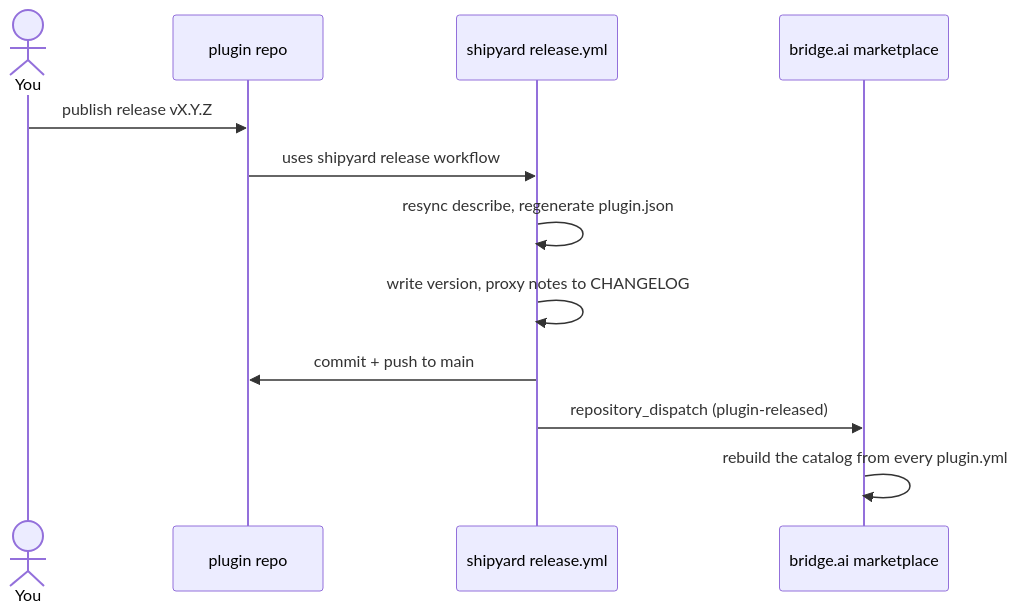
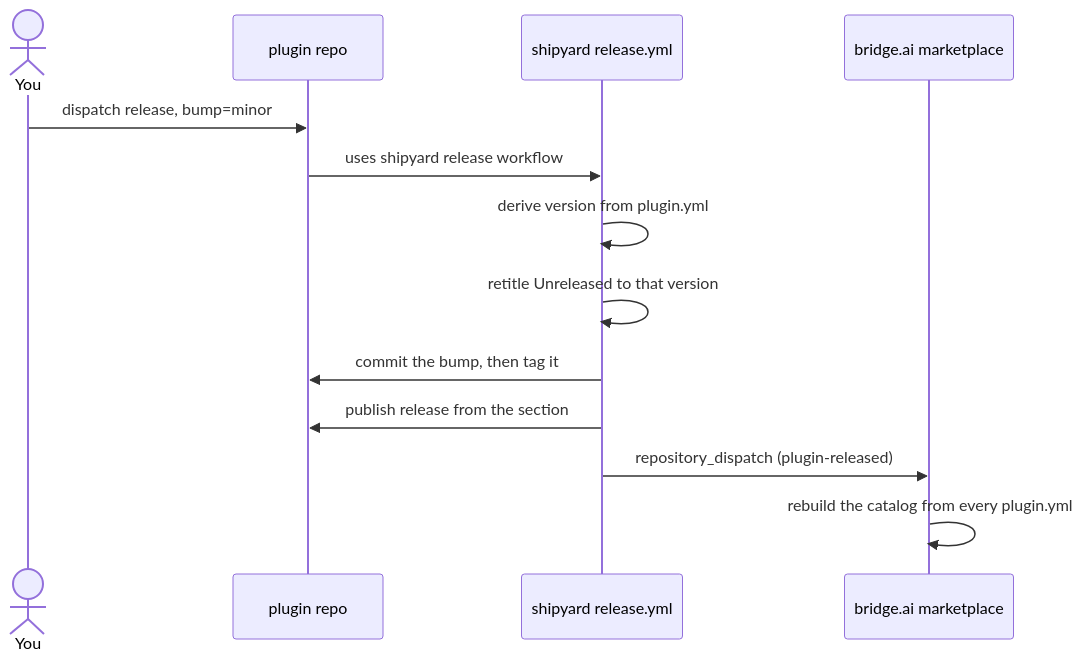
Before and after one commit to chris-peterson/shipyard: the fourth of 4 diagrams in docs/how-it-works.md, drawn with Mermaid. The commit also changed other lines of this file and 12 other files, not shown here.

````diff
--- a/docs/how-it-works.md
+++ b/docs/how-it-works.md
@@ -190,15 +190,16 @@
 ```mermaid
 %%{ init: { 'look': 'handDrawn' } }%%
 sequenceDiagram
   actor You
   participant GH as plugin repo
   participant SY as shipyard release.yml
   participant MP as bridge.ai marketplace
-  You->>GH: publish release vX.Y.Z
+  You->>GH: dispatch release, bump=minor
   GH->>SY: uses shipyard release workflow
-  SY->>SY: resync describe, regenerate plugin.json
-  SY->>SY: write version, proxy notes to CHANGELOG
-  SY->>GH: commit + push to main
+  SY->>SY: derive version from plugin.yml
+  SY->>SY: retitle Unreleased to that version
+  SY->>GH: commit the bump, then tag it
+  SY->>GH: publish release from the section
   SY->>MP: repository_dispatch (plugin-released)
   MP->>MP: rebuild the catalog from every plugin.yml
 ```
````
